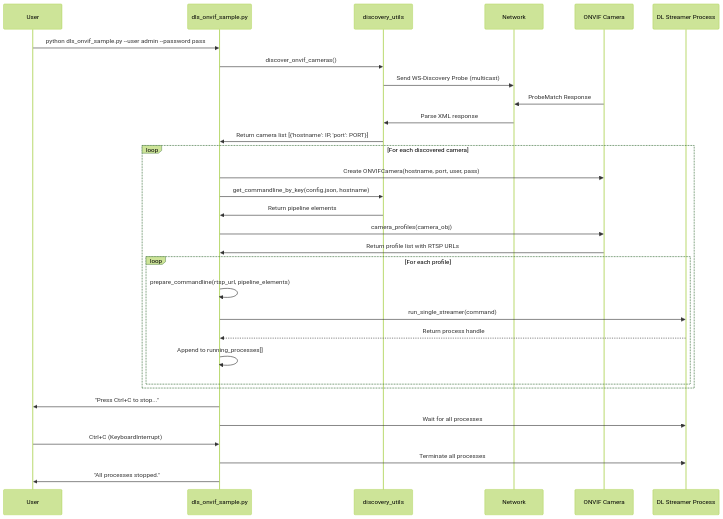
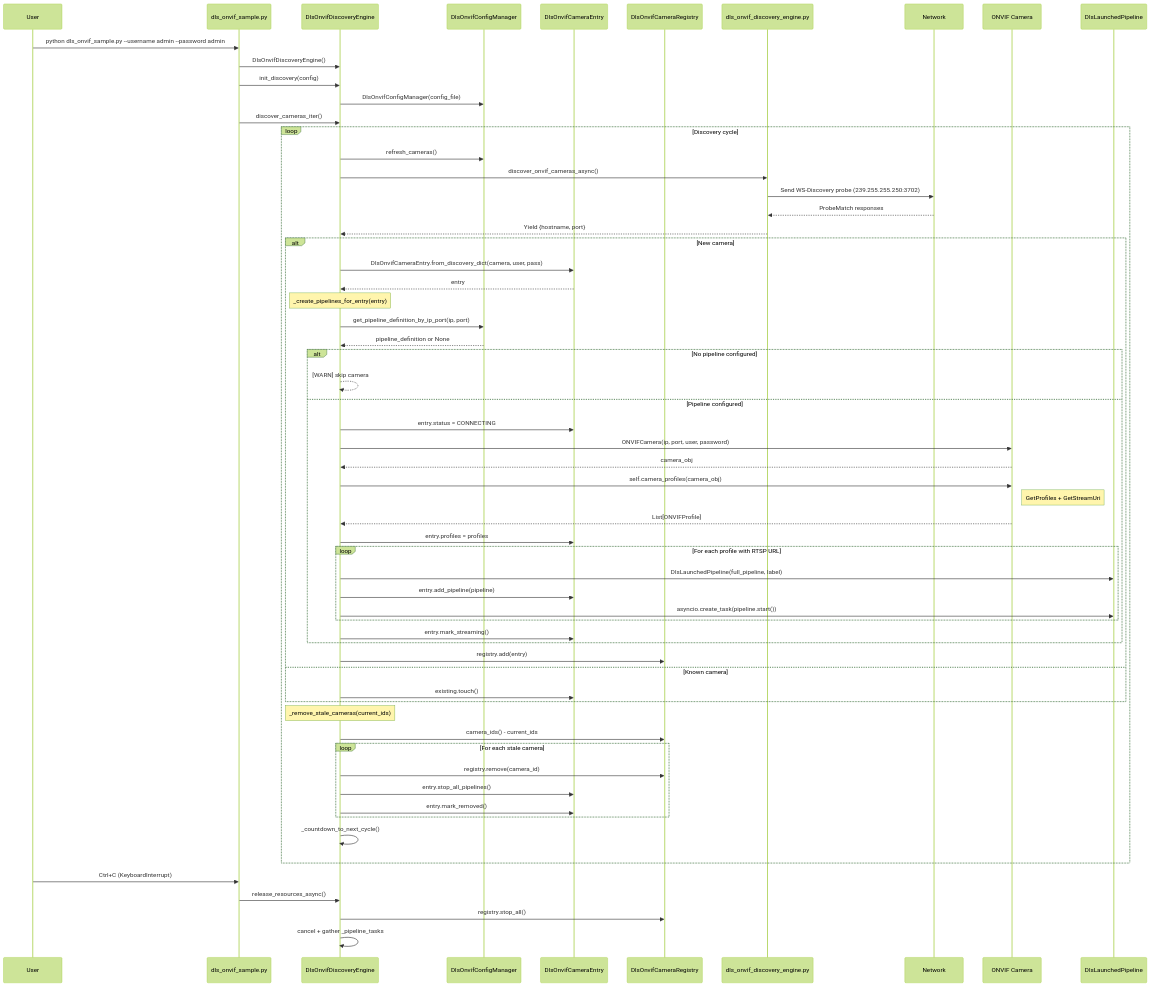
The first of 2 diagrams in samples/gstreamer/python/onvif_cameras_discovery/README.md (open-edge-platform/dlstreamer), drawn with Mermaid (forest theme) before and after one commit. The commit also changed other lines of this file and 15 other files, not shown here.

Commit message:
Initial version of dynamic ONVIF camera discovery with DLS pipeline startup.

````diff
--- a/samples/gstreamer/python/onvif_cameras_discovery/README.md
+++ b/samples/gstreamer/python/onvif_cameras_discovery/README.md
@@ -70,37 +92,75 @@
 ```mermaid
 sequenceDiagram
     participant User
-    participant Main as dls_onvif_sample.py
-    participant Utils as discovery_utils
+    participant Sample as dls_onvif_sample.py
+    participant Async as DlsOnvifDiscoveryEngine
+    participant CfgMgr as DlsOnvifConfigManager
+    participant Entry as DlsOnvifCameraEntry
+    participant Registry as DlsOnvifCameraRegistry
+    participant Utils as dls_onvif_discovery_engine.py
     participant Network
     participant Camera as ONVIF Camera
-    participant GStreamer as DL Streamer Process
+    participant Pipeline as DlsLaunchedPipeline
 
-    User->>Main: python dls_onvif_sample.py --user admin --password pass
-    Main->>Utils: discover_onvif_cameras()
-    Utils->>Network: Send WS-Discovery Probe (multicast)
-    Camera->>Network: ProbeMatch Response
-    Network->>Utils: Parse XML response
-    Utils->>Main: Return camera list [{'hostname': IP, 'port': PORT}]
+    User->>Sample: python dls_onvif_sample.py --username admin --password admin
+    Sample->>Async: DlsOnvifDiscoveryEngine()
+    Sample->>Async: init_discovery(config)
+    Async->>CfgMgr: DlsOnvifConfigManager(config_file)
+    Sample->>Async: discover_cameras_iter()
 
-    loop For each discovered camera
-        Main->>Camera: Create ONVIFCamera(hostname, port, user, pass)
-        Main->>Utils: get_commandline_by_key(config.json, hostname)
-        Utils->>Main: Return pipeline elements
-        Main->>Camera: camera_profiles(camera_obj)
-        Camera->>Main: Return profile list with RTSP URLs
+    loop Discovery cycle
+        Async->>CfgMgr: refresh_cameras()
+        Async->>Utils: discover_onvif_cameras_async()
+        Utils->>Network: Send WS-Discovery probe (239.255.255.250:3702)
+        Network-->>Utils: ProbeMatch responses
+        Utils-->>Async: Yield {hostname, port}
 
-        loop For each profile
-            Main->>Main: prepare_commandline(rtsp_url, pipeline_elements)
-            Main->>GStreamer: run_single_streamer(command)
-            GStreamer-->>Main: Return process handle
-            Main->>Main: Append to running_processes[]
+        alt New camera
+            Async->>Entry: DlsOnvifCameraEntry.from_discovery_dict(camera, user, pass)
+            Entry-->>Async: entry
+
+            Note over Async: _create_pipelines_for_entry(entry)
+            Async->>CfgMgr: get_pipeline_definition_by_ip_port(ip, port)
+            CfgMgr-->>Async: pipeline_definition or None
+
+            alt No pipeline configured
+                Async-->>Async: [WARN] skip camera
+            else Pipeline configured
+                Async->>Entry: entry.status = CONNECTING
+                Async->>Camera: ONVIFCamera(ip, port, user, password)
+                Camera-->>Async: camera_obj
+                Async->>Camera: self.camera_profiles(camera_obj)
+                Note right of Camera: GetProfiles + GetStreamUri
+                Camera-->>Async: List[ONVIFProfile]
+                Async->>Entry: entry.profiles = profiles
+
+                loop For each profile with RTSP URL
+                    Async->>Pipeline: DlsLaunchedPipeline(full_pipeline, label)
+                    Async->>Entry: entry.add_pipeline(pipeline)
+                    Async->>Pipeline: asyncio.create_task(pipeline.start())
+                end
+
+                Async->>Entry: entry.mark_streaming()
+            end
+
+            Async->>Registry: registry.add(entry)
+        else Known camera
+            Async->>Entry: existing.touch()
         end
+
+        Note over Async: _remove_stale_cameras(current_ids)
+        Async->>Registry: camera_ids() - current_ids
+        loop For each stale camera
+            Async->>Registry: registry.remove(camera_id)
+            Async->>Entry: entry.stop_all_pipelines()
+            Async->>Entry: entry.mark_removed()
+        end
+
+        Async->>Async: _countdown_to_next_cycle()
     end
 
-    Main->>User: "Press Ctrl+C to stop..."
-    Main->>GStreamer: Wait for all processes
-    User->>Main: Ctrl+C (KeyboardInterrupt)
-    Main->>GStreamer: Terminate all processes
-    Main->>User: "All processes stopped."
+    User->>Sample: Ctrl+C (KeyboardInterrupt)
+    Sample->>Async: release_resources_async()
+    Async->>Registry: registry.stop_all()
+    Async->>Async: cancel + gather _pipeline_tasks
 ```
````
